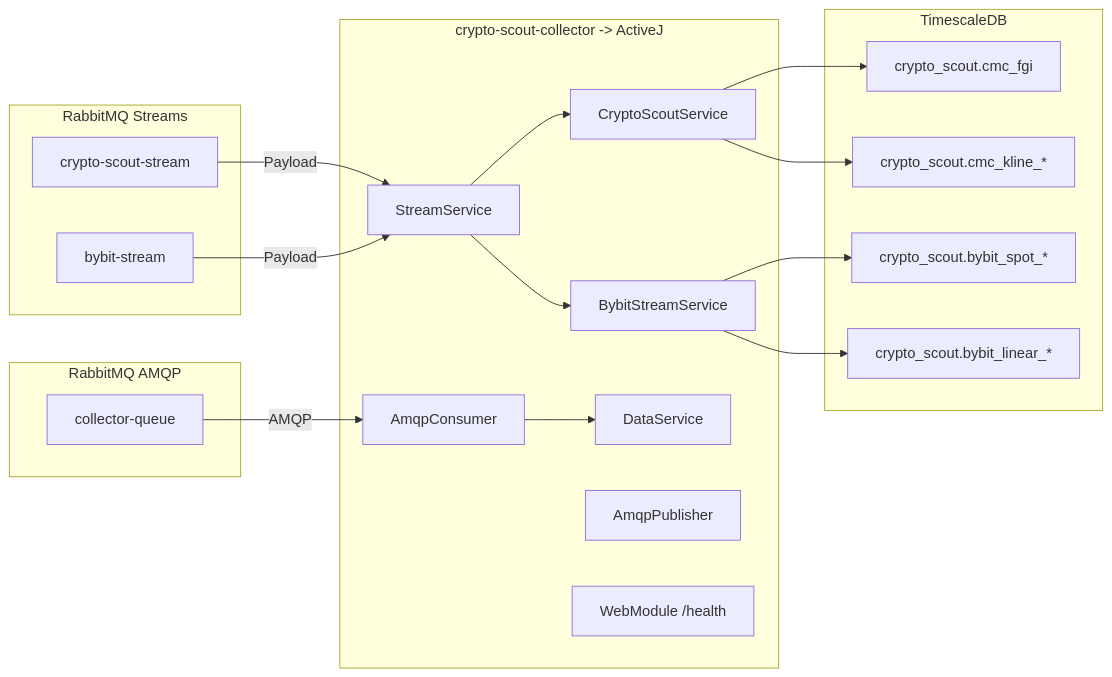
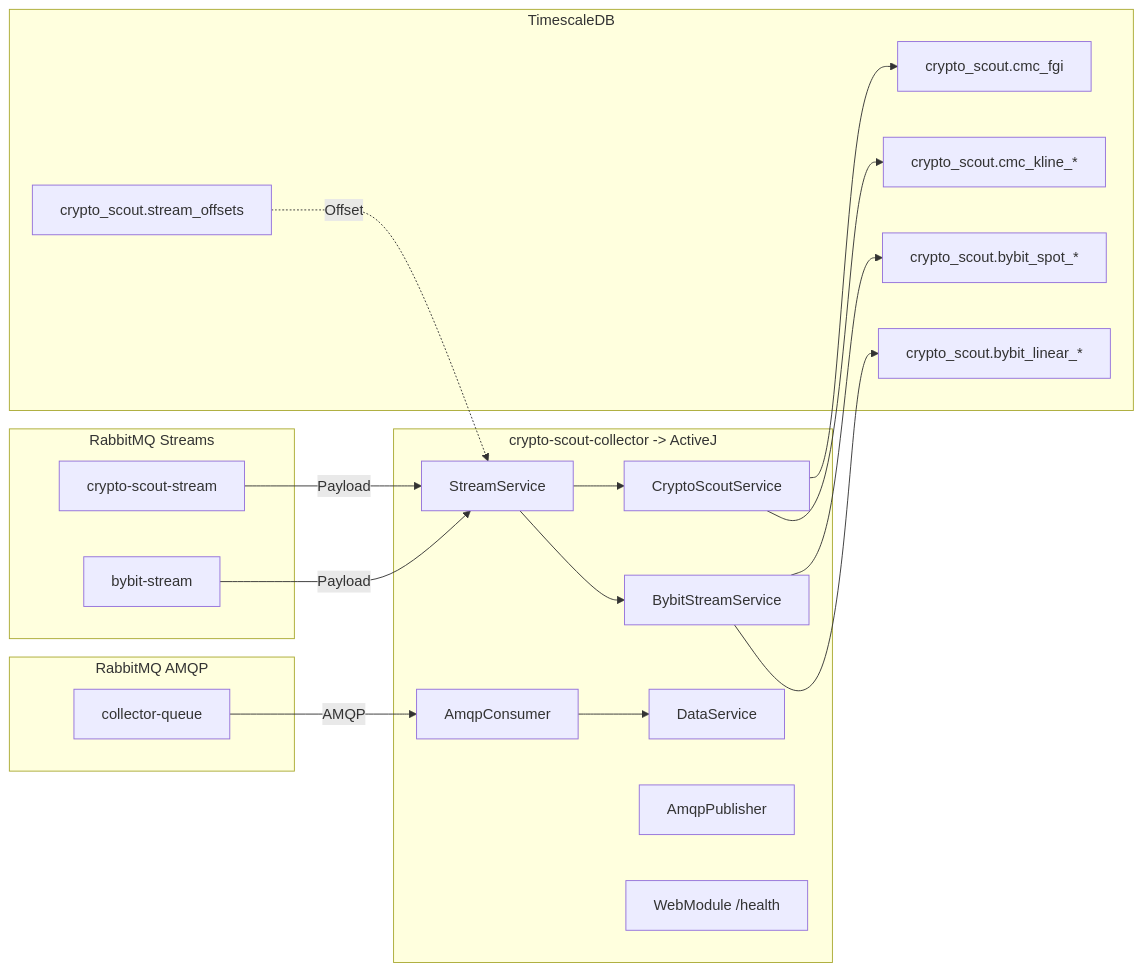
One commit to akarazhev/crypto-scout-collector changed the diagram in README.md. Above: the diagram before and after it, drawn with Mermaid. The commit also changed other lines of this file, not shown here.

````diff
--- a/README.md
+++ b/README.md
@@ -24,32 +24,34 @@
 ```mermaid
 flowchart LR
     subgraph RabbitMQ[ RabbitMQ Streams ]
         S1[crypto-scout-stream]
         S2[bybit-stream]
     end
 
     subgraph AMQP[ RabbitMQ AMQP ]
         Q1[collector-queue]
     end
 
     subgraph App[crypto-scout-collector -> ActiveJ]
         SS[StreamService]
         BS[BybitStreamService]
         CS[CryptoScoutService]
         DS[DataService]
         AC[AmqpConsumer]
         AP[AmqpPublisher]
         W[WebModule /health]
     end
 
     subgraph DB[TimescaleDB]
         T1[crypto_scout.cmc_fgi]
         T2[crypto_scout.bybit_spot_*]
         T3[crypto_scout.bybit_linear_*]
         T4[crypto_scout.cmc_kline_*]
+        T5[crypto_scout.stream_offsets]
     end
 
     S1 -->|Payload| SS --> CS --> T1 & T4
     S2 -->|Payload| SS --> BS --> T2 & T3
     Q1 -->|AMQP| AC --> DS
+    T5 -.->|Offset| SS
 ```
````
